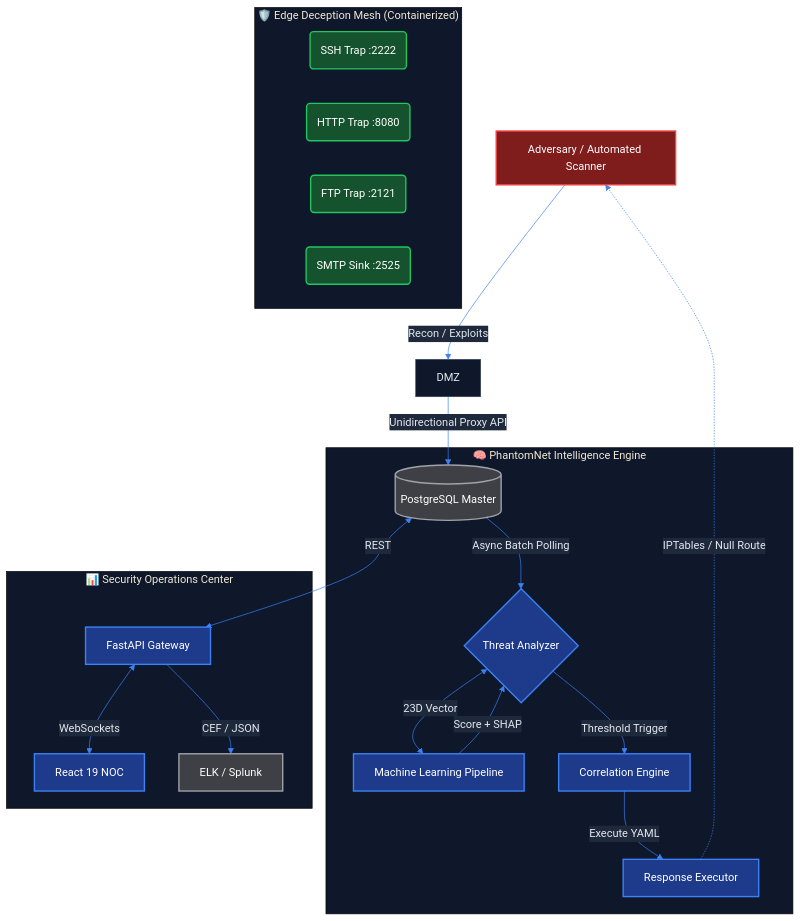
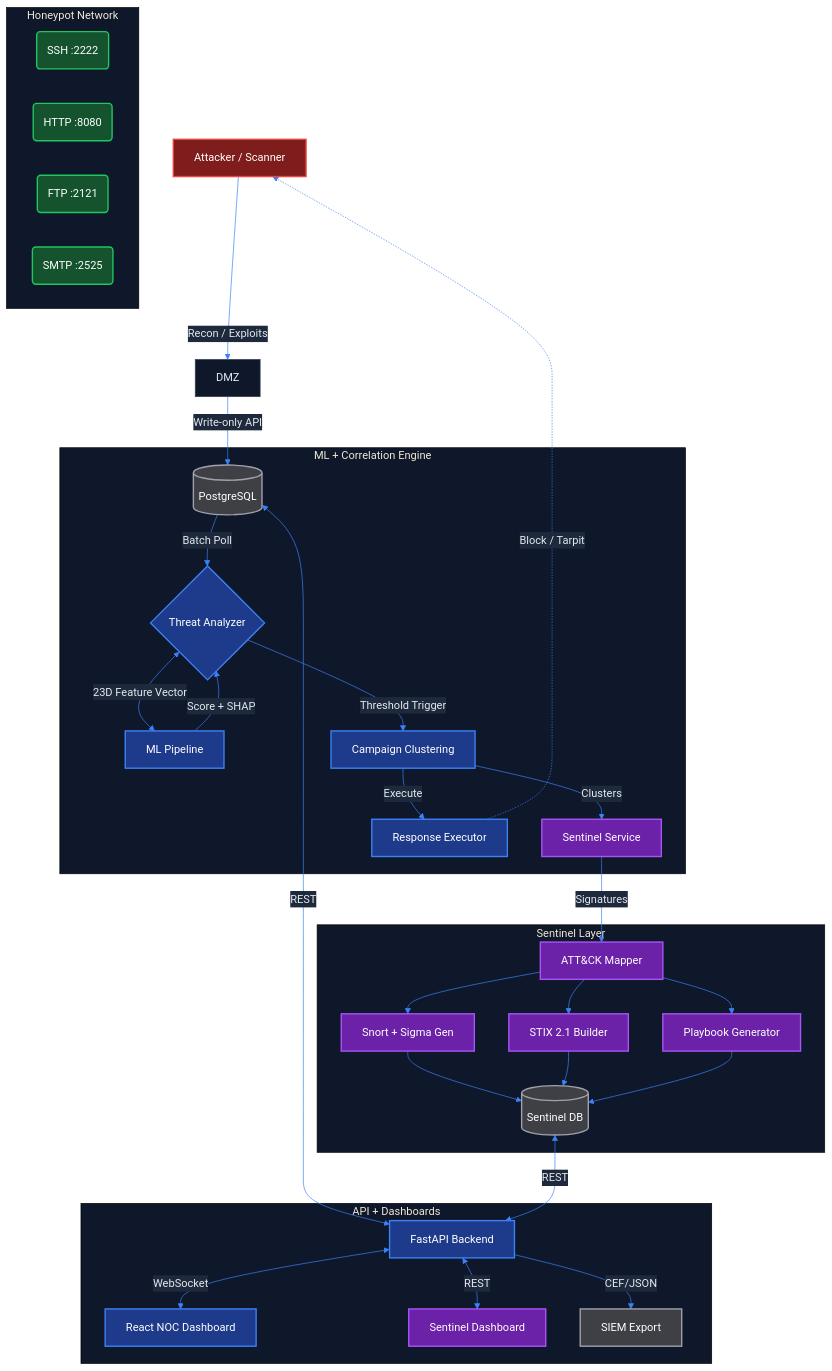
The diagram in README.md (VivekanandaReddy2006/PhantomNet), drawn with Mermaid before and after one commit. The commit also changed other lines of this file and 1 other file, not shown here.

Commit message:
docs(sentinel): update README with Sentinel Layer and ATT&CK mappings

````diff
--- a/README.md
+++ b/README.md
@@ -94,36 +115,50 @@
 ```mermaid
 %%{init: {'theme': 'base', 'themeVariables': { 'primaryColor': '#0f172a', 'primaryTextColor': '#e2e8f0', 'primaryBorderColor': '#334155', 'lineColor': '#3b82f6', 'secondaryColor': '#1e293b', 'tertiaryColor': '#0f172a'}}}%%
 graph TD
     classDef external fill:#7f1d1d,stroke:#ef4444,stroke-width:2px,color:#fff;
     classDef honeypot fill:#14532d,stroke:#22c55e,stroke-width:2px,color:#fff;
     classDef core fill:#1e3a8a,stroke:#3b82f6,stroke-width:2px,color:#fff;
     classDef data fill:#3f3f46,stroke:#a1a1aa,stroke-width:2px,color:#fff;
+    classDef sentinel fill:#6b21a8,stroke:#a855f7,stroke-width:2px,color:#fff;
 
-    Attacker[Adversary / Automated Scanner]:::external -->|Recon / Exploits| DMZ
+    Attacker[Attacker / Scanner]:::external -->|Recon / Exploits| DMZ
     
-    subgraph Deception Mesh ["🛡️ Edge Deception Mesh (Containerized)"]
-        SSH(SSH Trap :2222):::honeypot
-        HTTP(HTTP Trap :8080):::honeypot
-        FTP(FTP Trap :2121):::honeypot
-        SMTP(SMTP Sink :2525):::honeypot
+    subgraph Deception Mesh ["Honeypot Network"]
+        SSH(SSH :2222):::honeypot
+        HTTP(HTTP :8080):::honeypot
+        FTP(FTP :2121):::honeypot
+        SMTP(SMTP :2525):::honeypot
     end
 
-    DMZ -->|Unidirectional Proxy API| DB[(PostgreSQL Master)]:::data
+    DMZ -->|Write-only API| DB[(PostgreSQL)]:::data
     
-    subgraph Intelligence Core ["🧠 PhantomNet Intelligence Engine"]
-        DB -->|Async Batch Polling| Analyzer{Threat Analyzer}:::core
-        Analyzer <-->|23D Vector| ML[Machine Learning Pipeline]:::core
+    subgraph Intelligence Engine ["ML + Correlation Engine"]
+        DB -->|Batch Poll| Analyzer{Threat Analyzer}:::core
+        Analyzer <-->|23D Feature Vector| ML[ML Pipeline]:::core
         ML -->|Score + SHAP| Analyzer
-        Analyzer -->|Threshold Trigger| Correlation[Correlation Engine]:::core
-        Correlation -->|Execute YAML| Playbook[Response Executor]:::core
+        Analyzer -->|Threshold Trigger| Correlation[Campaign Clustering]:::core
+        Correlation -->|Clusters| SentinelSvc[Sentinel Service]:::sentinel
+        Correlation -->|Execute| Playbook[Response Executor]:::core
+    end
+
+    subgraph Sentinel Pipeline ["Sentinel Layer"]
+        SentinelSvc -->|Signatures| MITRE[ATT&CK Mapper]:::sentinel
+        MITRE --> RuleGen[Snort + Sigma Gen]:::sentinel
+        MITRE --> STIXGen[STIX 2.1 Builder]:::sentinel
+        MITRE --> PBGen[Playbook Generator]:::sentinel
+        RuleGen --> SentinelDB[(Sentinel DB)]:::data
+        STIXGen --> SentinelDB
+        PBGen --> SentinelDB
     end
     
-    Playbook -.->|IPTables / Null Route| Attacker
+    Playbook -.->|Block / Tarpit| Attacker
     
-    subgraph Observability ["📊 Security Operations Center"]
-        API[FastAPI Gateway]:::core
+    subgraph Operations ["API + Dashboards"]
+        API[FastAPI Backend]:::core
         DB <-->|REST| API
-        API <-->|WebSockets| Dashboard[React 19 NOC]:::core
-        API -->|CEF / JSON| SIEM[ELK / Splunk]:::data
+        SentinelDB <-->|REST| API
+        API <-->|WebSocket| Dashboard[React NOC Dashboard]:::core
+        API <-->|REST| SentinelUI[Sentinel Dashboard]:::sentinel
+        API -->|CEF/JSON| SIEM[SIEM Export]:::data
     end
 ```
````
